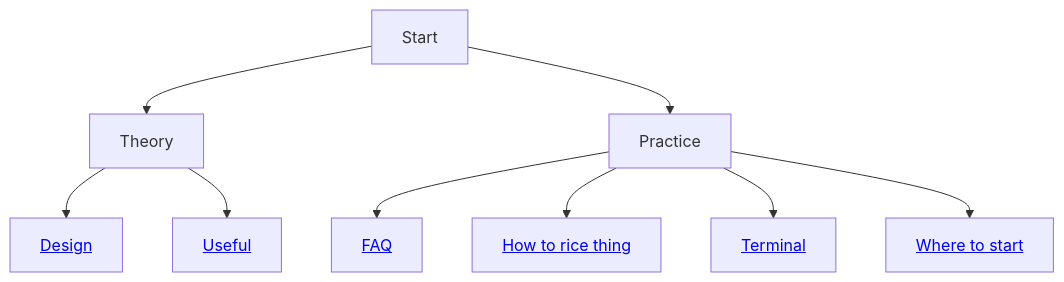
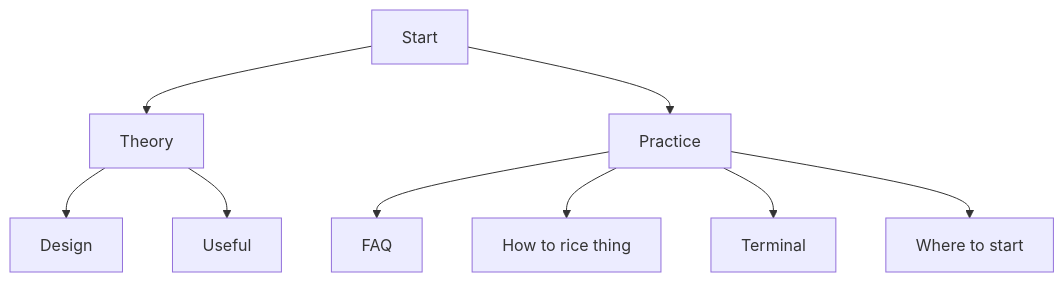
The diagram in README.md (undefinedDarkness/ricing-guide), drawn with Mermaid before and after one commit.

Commit message:
remove links since github preview does not dislpay them

````diff
--- a/README.md
+++ b/README.md
@@ -7,12 +7,12 @@
 ```mermaid
 graph TD
     A[Start]
     A --> B[Theory]
     A --> C[Practice]
-    B --> D[<a href="https://github.com/undefinedDarkness/ricing-guide/master/src/design.md">Design</a>]
-    B --> E[<a href="https://github.com/undefinedDarkness/ricing-guide/master/src/useful.md">Useful</a>]
-    C --> F[<a href="https://github.com/undefinedDarkness/ricing-guide/master/src/faq.md">FAQ</a>]
-    C --> G[<a href="https://github.com/undefinedDarkness/ricing-guide/master/src/how-to-rice-thing.md">How to rice thing</a>]
-    C --> H[<a href="https://github.com/undefinedDarkness/ricing-guide/master/src/terminal.md">Terminal</a>]
-    C --> I[<a href="https://github.com/undefinedDarkness/ricing-guide/master/src/where-to-start.md">Where to start</a>]
+    B --> D[Design]
+    B --> E[Useful]
+    C --> F[FAQ]
+    C --> G[How to rice thing]
+    C --> H[Terminal]
+    C --> I[Where to start]
 ```
````
